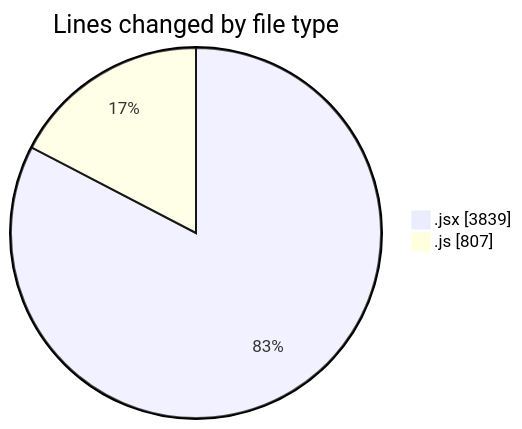
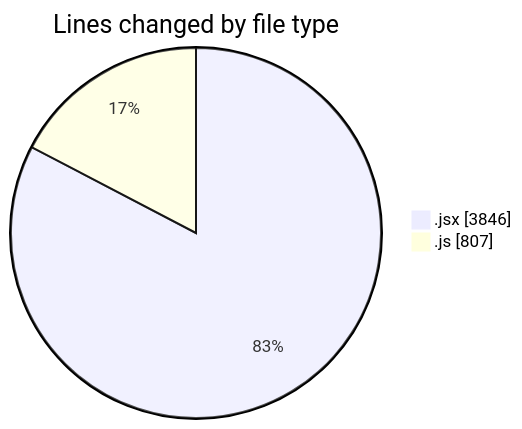
The first of 2 diagrams in 2025-07-14/argos/README.md (nxtqubesakshisongat/code-tracking), drawn with Mermaid before and after one commit. The commit also changed other lines of this file and 1 other file, not shown here.

````diff
--- a/2025-07-14/argos/README.md
+++ b/2025-07-14/argos/README.md
@@ -28,6 +28,6 @@
 ```mermaid
 pie showData
 title Lines changed by file type
-".jsx" : 3839
+".jsx" : 3846
 ".js" : 807
 ```
````
